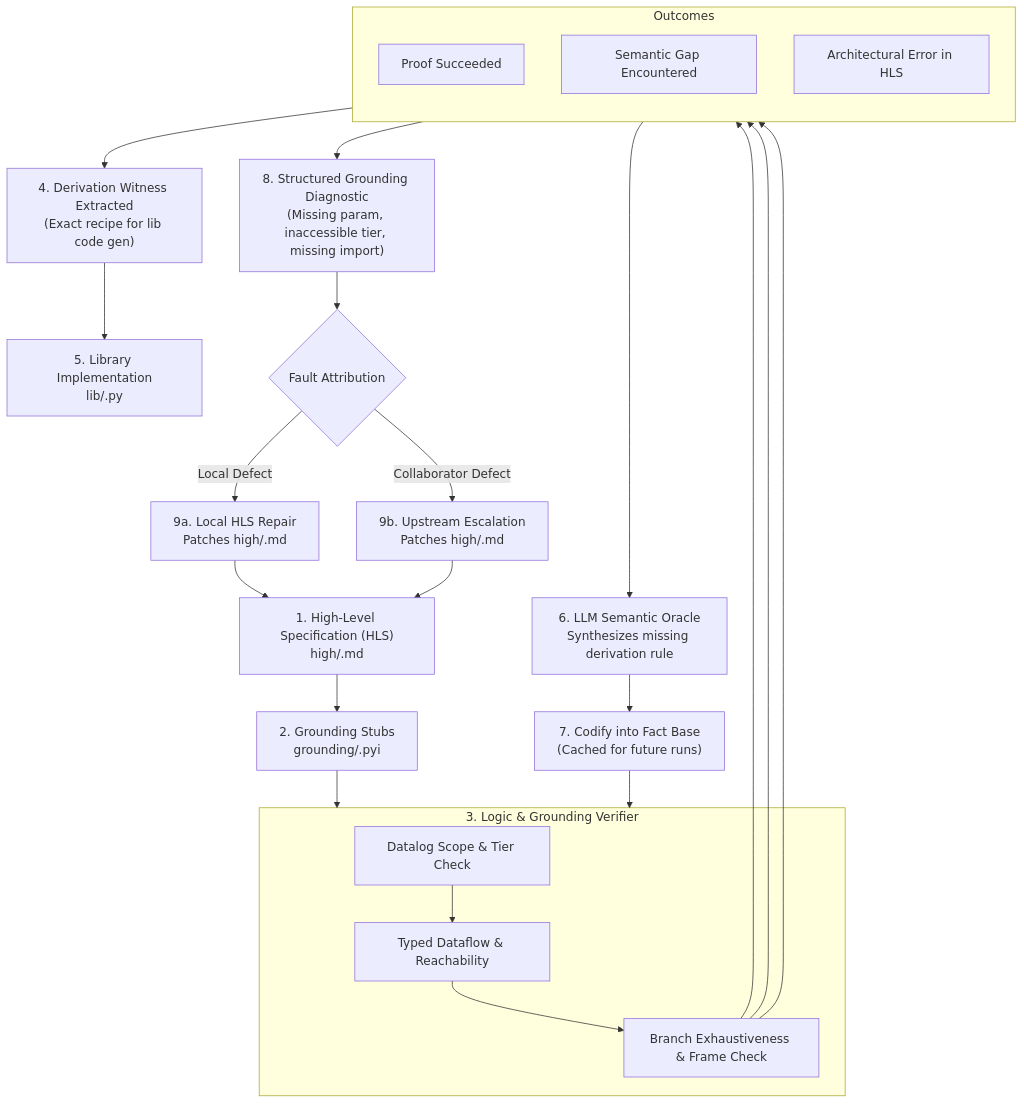
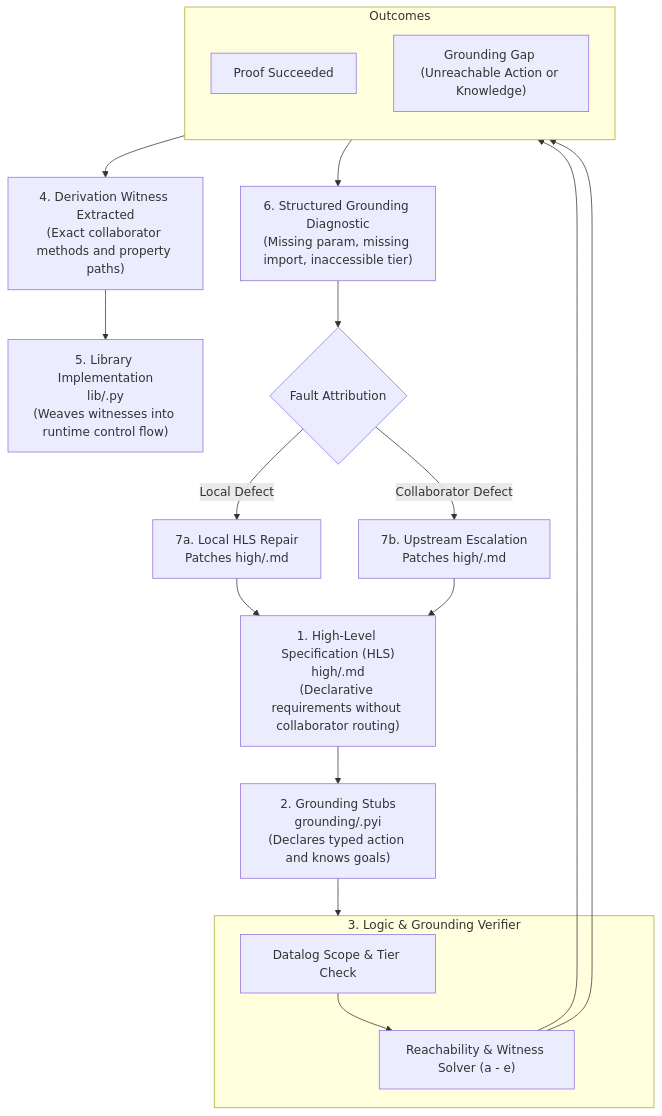
One commit to mcdirmid/cleanroom changed the second of 2 diagrams in design-docs/logic_based_grounding_verification.md. Above: the diagram before and after it, drawn with Mermaid. The commit also changed other lines of this file, not shown here.

Commit message:
docs: update logic-based grounding verification design with typed actions, clean knows semantics, and extraction vs inference separation

````diff
--- a/design-docs/logic_based_grounding_verification.md
+++ b/design-docs/logic_based_grounding_verification.md
@@ -207,41 +262,34 @@
 ```mermaid
 flowchart TD
-    HLS["1. High-Level Specification (HLS)<br/>high/<name>.md"]
-    Grounding["2. Grounding Stubs<br/>grounding/<name>.pyi"]
+    HLS["1. High-Level Specification (HLS)<br/>high/<name>.md<br/>(Declarative requirements without collaborator routing)"]
+    Grounding["2. Grounding Stubs<br/>grounding/<name>.pyi<br/>(Declares typed action and knows goals)"]
     
     HLS --> Grounding
     
     subgraph Verifier["3. Logic & Grounding Verifier"]
         ScopeCheck["Datalog Scope & Tier Check"]
-        FlowCheck["Typed Dataflow & Reachability"]
-        BranchCheck["Branch Exhaustiveness & Frame Check"]
-        ScopeCheck --> FlowCheck --> BranchCheck
+        Reachability["Reachability & Witness Solver (a - e)"]
+        ScopeCheck --> Reachability
     end
     
     Grounding --> Verifier
     
     subgraph Outcome["Outcomes"]
         direction TB
         Pass["Proof Succeeded"]
-        Gap["Semantic Gap Encountered"]
-        Fail["Architectural Error in HLS"]
+        Fail["Grounding Gap (Unreachable Action or Knowledge)"]
     end
     
-    BranchCheck --> Pass
-    BranchCheck --> Gap
-    BranchCheck --> Fail
+    Reachability --> Pass
+    Reachability --> Fail
     
-    Pass --> Witness["4. Derivation Witness Extracted<br/>(Exact recipe for lib code gen)"]
-    Witness --> LibGen["5. Library Implementation<br/>lib/<name>.py"]
+    Pass --> Witness["4. Derivation Witness Extracted<br/>(Exact collaborator methods and property paths)"]
+    Witness --> LibGen["5. Library Implementation<br/>lib/<name>.py<br/>(Weaves witnesses into runtime control flow)"]
     
-    Gap --> LLMOracle["6. LLM Semantic Oracle<br/>Synthesizes missing derivation rule"]
-    LLMOracle --> RuleCache["7. Codify into Fact Base<br/>(Cached for future runs)"]
-    RuleCache --> Verifier
-    
-    Fail --> Diagnostic["8. Structured Grounding Diagnostic<br/>(Missing param, inaccessible tier, missing import)"]
+    Fail --> Diagnostic["6. Structured Grounding Diagnostic<br/>(Missing param, missing import, inaccessible tier)"]
     Diagnostic --> FaultRouter{"Fault Attribution"}
-    FaultRouter -- "Local Defect" --> HLSRepair["9a. Local HLS Repair<br/>Patches high/<name>.md"]
-    FaultRouter -- "Collaborator Defect" --> UpstreamRepair["9b. Upstream Escalation<br/>Patches high/<collaborator>.md"]
+    FaultRouter -- "Local Defect" --> HLSRepair["7a. Local HLS Repair<br/>Patches high/<name>.md"]
+    FaultRouter -- "Collaborator Defect" --> UpstreamRepair["7b. Upstream Escalation<br/>Patches high/<collaborator>.md"]
     HLSRepair --> HLS
     UpstreamRepair --> HLS
 ```
````
